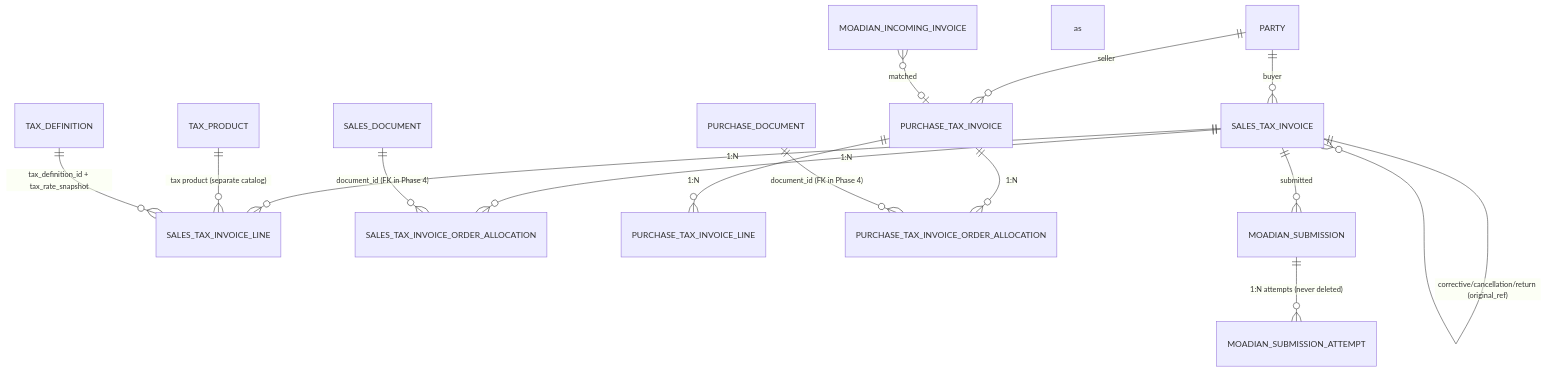
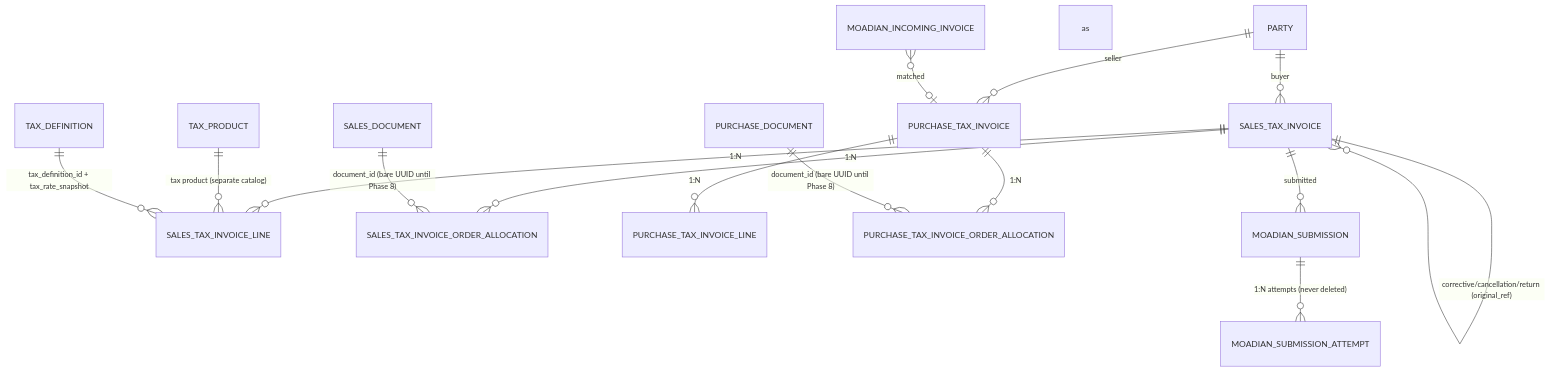
Before and after one commit to h08831n/tcerp2: the sixth of 8 diagrams in docs/02-erd.md, drawn with Mermaid. The commit also changed other lines of this file and 88 other files, not shown here.

````diff
--- a/docs/02-erd.md
+++ b/docs/02-erd.md
@@ -242,17 +358,17 @@
 ```mermaid
 erDiagram
     PARTY ||--o{ SALES_TAX_INVOICE : "buyer"
     SALES_TAX_INVOICE ||--o{ SALES_TAX_INVOICE_LINE : "1:N"
     TAX_PRODUCT ||--o{ SALES_TAX_INVOICE_LINE : "tax product (separate catalog)"
     TAX_DEFINITION ||--o{ SALES_TAX_INVOICE_LINE : "tax_definition_id + tax_rate_snapshot"
     SALES_TAX_INVOICE ||--o{ SALES_TAX_INVOICE_ORDER_ALLOCATION : "1:N"
-    SALES_DOCUMENT ||--o{ SALES_TAX_INVOICE_ORDER_ALLOCATION : "document_id (FK in Phase 4)"
+    SALES_DOCUMENT ||--o{ SALES_TAX_INVOICE_ORDER_ALLOCATION : "document_id (bare UUID until Phase 8)"
     PARTY ||--o{ PURCHASE_TAX_INVOICE : "seller"
     PURCHASE_TAX_INVOICE ||--o{ PURCHASE_TAX_INVOICE_LINE : "1:N"
     PURCHASE_TAX_INVOICE ||--o{ PURCHASE_TAX_INVOICE_ORDER_ALLOCATION : "1:N"
-    PURCHASE_DOCUMENT ||--o{ PURCHASE_TAX_INVOICE_ORDER_ALLOCATION : "document_id (FK in Phase 4)"
+    PURCHASE_DOCUMENT ||--o{ PURCHASE_TAX_INVOICE_ORDER_ALLOCATION : "document_id (bare UUID until Phase 8)"
     SALES_TAX_INVOICE ||--o{ MOADIAN_SUBMISSION : submitted as
     SALES_TAX_INVOICE ||--o{ SALES_TAX_INVOICE : "corrective/cancellation/return (original_ref)"
     MOADIAN_SUBMISSION ||--o{ MOADIAN_SUBMISSION_ATTEMPT : "1:N attempts (never deleted)"
     MOADIAN_INCOMING_INVOICE }o--o| PURCHASE_TAX_INVOICE : "matched"
 ```
````
